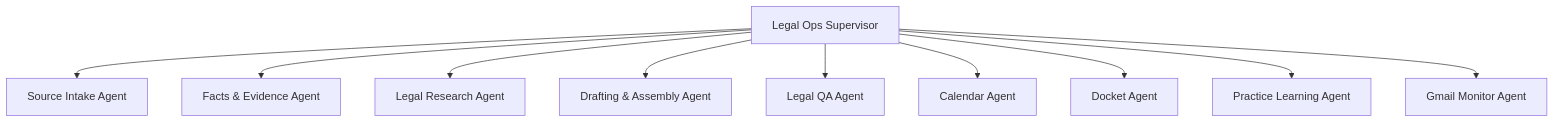
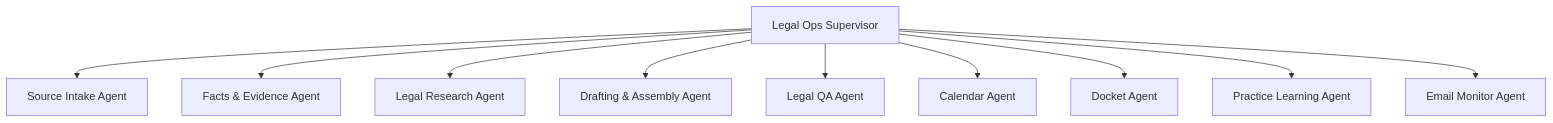
The diagram in companies/california-litigation-legal-team/README.md (mengbingrock/attymate), drawn with Mermaid before and after one commit. The commit also changed other lines of this file and 30 other files, not shown here.

````diff
--- a/companies/california-litigation-legal-team/README.md
+++ b/companies/california-litigation-legal-team/README.md
@@ -39,13 +39,13 @@
 ```mermaid
 graph TD
   LOS[Legal Ops Supervisor]
   LOS --> SIA[Source Intake Agent]
   LOS --> FEA[Facts & Evidence Agent]
   LOS --> LRA[Legal Research Agent]
   LOS --> DAA[Drafting & Assembly Agent]
   LOS --> QA[Legal QA Agent]
   LOS --> CAL[Calendar Agent]
   LOS --> DOC[Docket Agent]
   LOS --> PLA[Practice Learning Agent]
-  LOS --> GMA[Gmail Monitor Agent]
+  LOS --> GMA[Email Monitor Agent]
 ```
````
